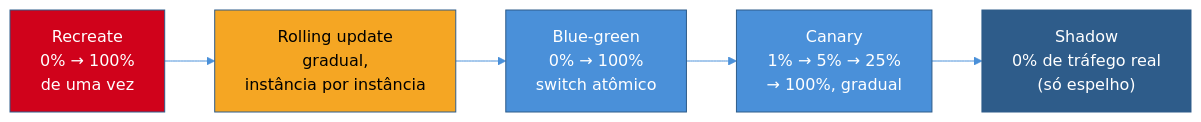
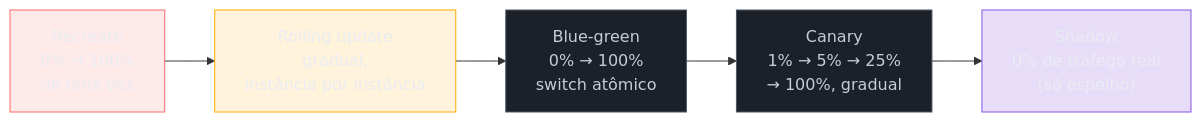
The first of 3 diagrams in 03-Dominios/Engenharia/Operação/2 - Entrega e release/02 - Deployment strategies.md (josenaldo/codex-technomanticus), drawn with Mermaid before and after one commit. The commit also changed other lines of this file and 1181 other files, not shown here.

First line of the commit message:
fix(diagramas): paleta do sistema no lugar de cor cravada no markdown

````diff
--- a/03-Dominios/Engenharia/Operação/2 - Entrega e release/02 - Deployment strategies.md
+++ b/03-Dominios/Engenharia/Operação/2 - Entrega e release/02 - Deployment strategies.md
@@ -39,14 +39,17 @@
 ```mermaid
-%%{init: {"theme": "base", "themeVariables": {"primaryColor": "#4A90D9", "primaryBorderColor": "#2E5C8A", "lineColor": "#4A90D9"}}}%%
 graph LR
+    classDef falha fill:#FF6B6B24,stroke:#FF6B6B,color:#E9ECF2
+    classDef destaque fill:#FFAA0024,stroke:#FFAA00,color:#E9ECF2
+    classDef neutro fill:#1B2029,stroke:#4E5666,color:#C6CCD8
+    classDef marca fill:#8855DF33,stroke:#8855DF,color:#E9ECF2
     R["Recreate<br/>0% → 100%<br/>de uma vez"] --> RU["Rolling update<br/>gradual,<br/>instância por instância"]
     RU --> BG["Blue-green<br/>0% → 100%<br/>switch atômico"]
     BG --> C["Canary<br/>1% → 5% → 25%<br/>→ 100%, gradual"]
     C --> S["Shadow<br/>0% de tráfego real<br/>(só espelho)"]
 
-    style R fill:#D0021B,color:#fff
-    style RU fill:#F5A623,color:#000
-    style BG fill:#4A90D9,color:#fff
-    style C fill:#4A90D9,color:#fff
-    style S fill:#2E5C8A,color:#fff
+    class R falha
+    class RU destaque
+    class BG neutro
+    class C neutro
+    class S marca
 ```
````
